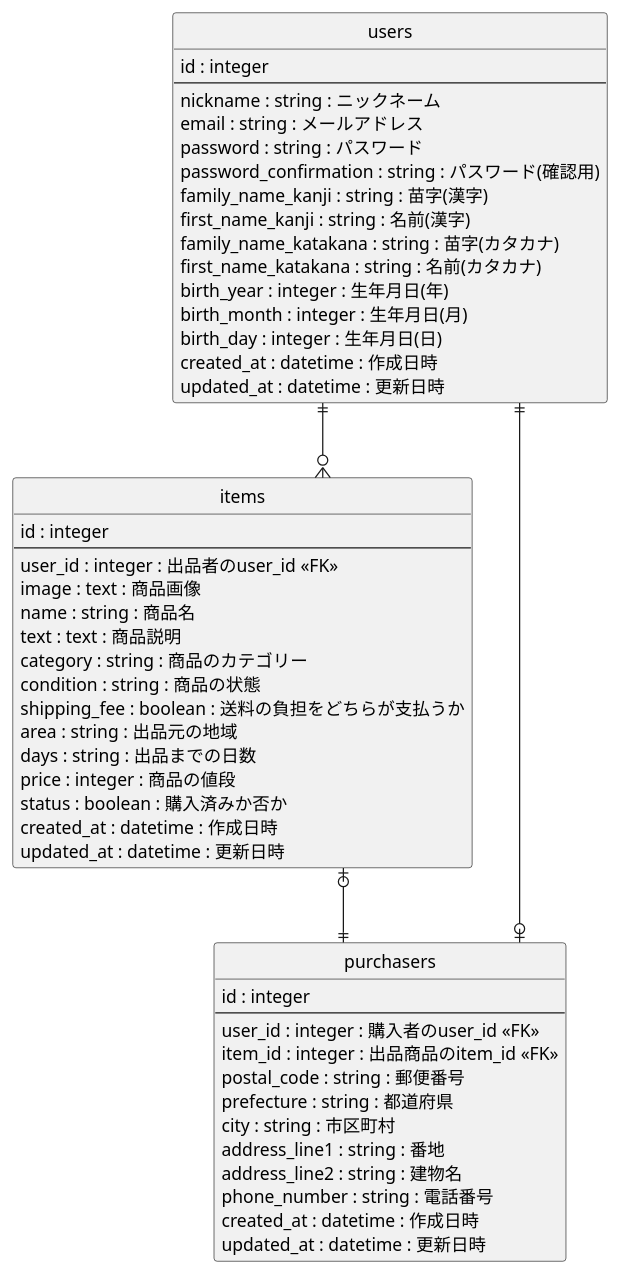
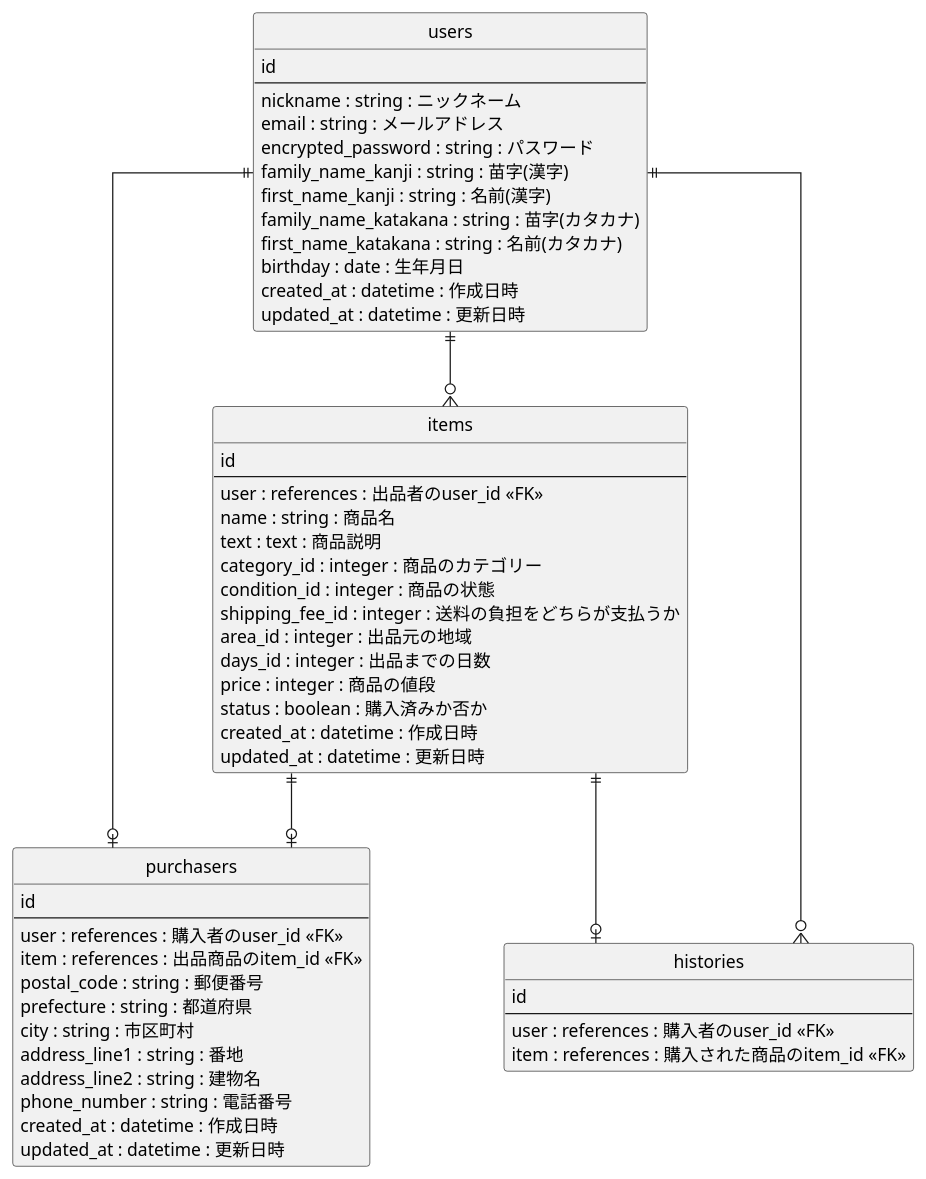
The diagram in er.plantuml (sugitaku222719/furima-41660), drawn with PlantUML before and after one commit. The commit also changed 1 other file, not shown here.

```diff
--- a/er.plantuml
+++ b/er.plantuml
@@ -1,63 +1,67 @@
 @startuml furima
 ' hide the spot
 hide circle
 
 ' avoid problems with angled crows feet
 skinparam linetype ortho
 
 entity "items" as items {
-  id : integer
+  id
   --
-  user_id : integer : 出品者のuser_id <<FK>>
-  image : text : 商品画像
+  user : references : 出品者のuser_id <<FK>>
   name : string : 商品名
   text : text : 商品説明
-  category : string : 商品のカテゴリー
-  condition : string : 商品の状態
-  shipping_fee : boolean : 送料の負担をどちらが支払うか
-  area : string : 出品元の地域
-  days : string : 出品までの日数
+  category_id : integer : 商品のカテゴリー
+  condition_id : integer : 商品の状態
+  shipping_fee_id : integer : 送料の負担をどちらが支払うか
+  area_id : integer : 出品元の地域
+  days_id : integer : 出品までの日数
   price : integer : 商品の値段
   status : boolean : 購入済みか否か
   created_at : datetime : 作成日時
   updated_at : datetime : 更新日時
 }
 
 entity "users" as users {
-  id : integer
+  id
   --
   nickname : string : ニックネーム
   email : string : メールアドレス
-  password : string : パスワード
-  password_confirmation : string : パスワード(確認用)
+  encrypted_password : string : パスワード
   family_name_kanji : string : 苗字(漢字)
   first_name_kanji : string : 名前(漢字)
   family_name_katakana : string : 苗字(カタカナ)
   first_name_katakana : string : 名前(カタカナ)
-  birth_year : integer : 生年月日(年)
-  birth_month : integer : 生年月日(月)
-  birth_day : integer : 生年月日(日)
+  birthday : date : 生年月日
   created_at : datetime : 作成日時
   updated_at : datetime : 更新日時
 }
 
 entity "purchasers" as purchasers {
-  id : integer
+  id
   --
-  user_id : integer : 購入者のuser_id <<FK>>
-  item_id : integer : 出品商品のitem_id <<FK>>
+  user : references : 購入者のuser_id <<FK>>
+  item : references : 出品商品のitem_id <<FK>>
   postal_code : string : 郵便番号
   prefecture : string : 都道府県
   city : string : 市区町村
   address_line1 : string : 番地
   address_line2 : string : 建物名
   phone_number : string : 電話番号 
   created_at : datetime : 作成日時
   updated_at : datetime : 更新日時
 }
 
+entity "histories" as histories {
+  id
+  --
+  user : references : 購入者のuser_id <<FK>>
+  item : references : 購入された商品のitem_id <<FK>>
+}
 users ||--o{ items
+users ||--o{ histories
 users ||--o| purchasers
-items |o--|| purchasers
+items ||--o| purchasers
+items ||--o| histories
 
 @enduml
```
